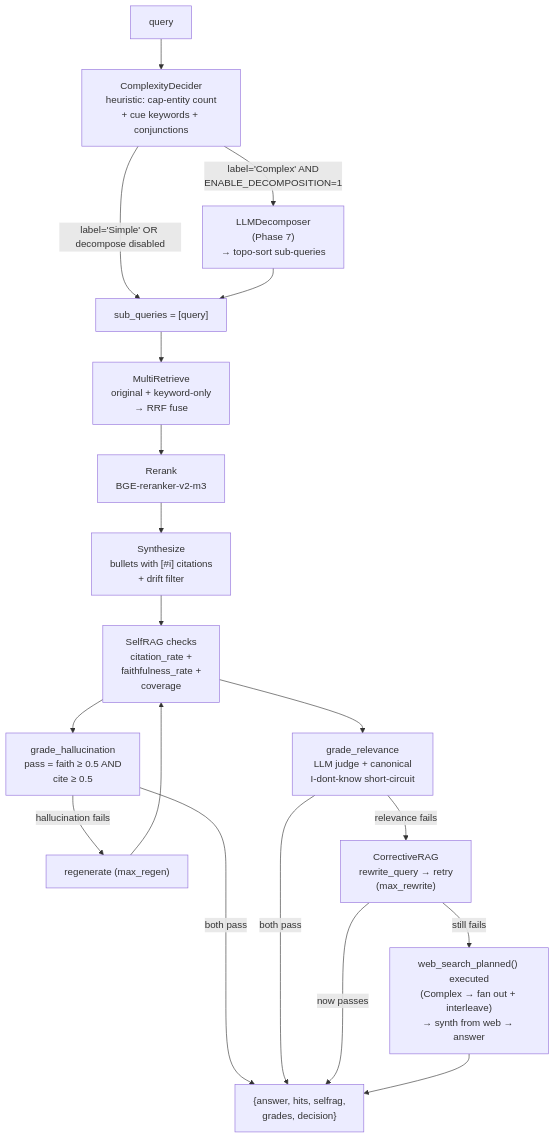
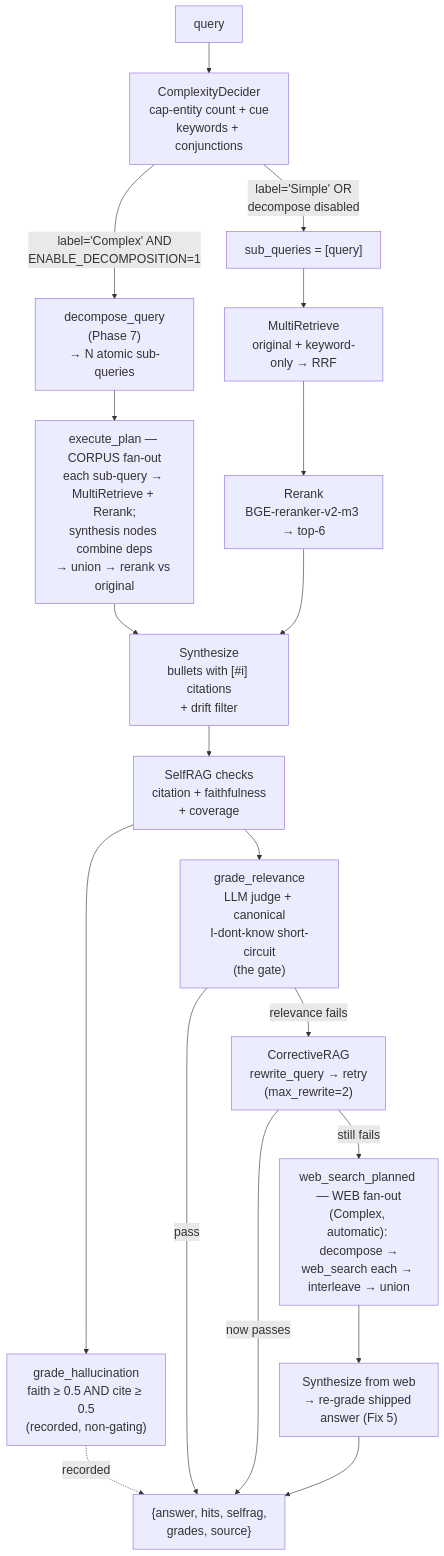
Diagram 12 of 14 in Week 3.7 - Agentic RAG.md (shaneliuyx/agent-development-curriculum), drawn with Mermaid before and after one commit. The commit also changed other lines of this file, not shown here.

Commit message:
docs(w3.7): fix Phase 6 diagram — show corpus fan-out (execute_plan), not web-only; drop phantom REGEN

````diff
--- a/Week 3.7 - Agentic RAG.md
+++ b/Week 3.7 - Agentic RAG.md
@@ -1514,21 +1514,22 @@
 ```mermaid
+%%{init: {'theme':'default', 'themeVariables': {'fontSize':'20px'}}}%%
 flowchart TD
-  Q["query"] --> DC["ComplexityDecider<br/>heuristic: cap-entity count<br/>+ cue keywords + conjunctions"]
-  DC -->|"label='Complex' AND<br/>ENABLE_DECOMPOSITION=1"| DEC["LLMDecomposer<br/>(Phase 7)<br/>→ topo-sort sub-queries"]
-  DC -->|"label='Simple' OR decompose disabled"| SQ["sub_queries = [query]"]
-  DEC --> SQ
-  SQ --> MR["MultiRetrieve<br/>original + keyword-only<br/>→ RRF fuse"]
-  MR --> RR["Rerank<br/>BGE-reranker-v2-m3"]
-  RR --> SY["Synthesize<br/>bullets with [#i] citations<br/>+ drift filter"]
-  SY --> SR["SelfRAG checks<br/>citation_rate +<br/>faithfulness_rate +<br/>coverage"]
-  SR --> GH["grade_hallucination<br/>pass = faith ≥ 0.5 AND<br/>cite ≥ 0.5"]
-  SR --> GR["grade_relevance<br/>LLM judge + canonical<br/>I-dont-know short-circuit"]
-  GH -->|"both pass"| OUT["{answer, hits, selfrag,<br/>grades, decision}"]
-  GR -->|"both pass"| OUT
-  GH -->|"hallucination fails"| REGEN["regenerate (max_regen)"]
-  GR -->|"relevance fails"| CRAG["CorrectiveRAG<br/>rewrite_query → retry<br/>(max_rewrite)"]
-  REGEN --> SR
-  CRAG -->|"still fails"| FALLBACK["web_search_planned() executed<br/>(Complex → fan out + interleave)<br/>→ synth from web → answer"]
+  Q["query"] --> DC["ComplexityDecider<br/>cap-entity count + cue<br/>keywords + conjunctions"]
+  DC -->|"label='Complex' AND<br/>ENABLE_DECOMPOSITION=1"| DEC["decompose_query<br/>(Phase 7)<br/>→ N atomic sub-queries"]
+  DC -->|"label='Simple' OR<br/>decompose disabled"| SQ["sub_queries = [query]"]
+  DEC --> EP["execute_plan — CORPUS fan-out<br/>each sub-query → MultiRetrieve + Rerank;<br/>synthesis nodes combine deps<br/>→ union → rerank vs original"]
+  SQ --> MR["MultiRetrieve<br/>original + keyword-only → RRF"]
+  MR --> RR["Rerank<br/>BGE-reranker-v2-m3 → top-6"]
+  EP --> SY["Synthesize<br/>bullets with [#i] citations<br/>+ drift filter"]
+  RR --> SY
+  SY --> SR["SelfRAG checks<br/>citation + faithfulness<br/>+ coverage"]
+  SR --> GH["grade_hallucination<br/>faith ≥ 0.5 AND cite ≥ 0.5<br/>(recorded, non-gating)"]
+  SR --> GR["grade_relevance<br/>LLM judge + canonical<br/>I-dont-know short-circuit<br/>(the gate)"]
+  GH -.->|"recorded"| OUT["{answer, hits, selfrag,<br/>grades, source}"]
+  GR -->|"pass"| OUT
+  GR -->|"relevance fails"| CRAG["CorrectiveRAG<br/>rewrite_query → retry<br/>(max_rewrite=2)"]
   CRAG -->|"now passes"| OUT
-  FALLBACK --> OUT
+  CRAG -->|"still fails"| FALLBACK["web_search_planned — WEB fan-out<br/>(Complex, automatic): decompose →<br/>web_search each → interleave → union"]
+  FALLBACK --> WSY["Synthesize from web<br/>→ re-grade shipped answer (Fix 5)"]
+  WSY --> OUT
 ```
````
